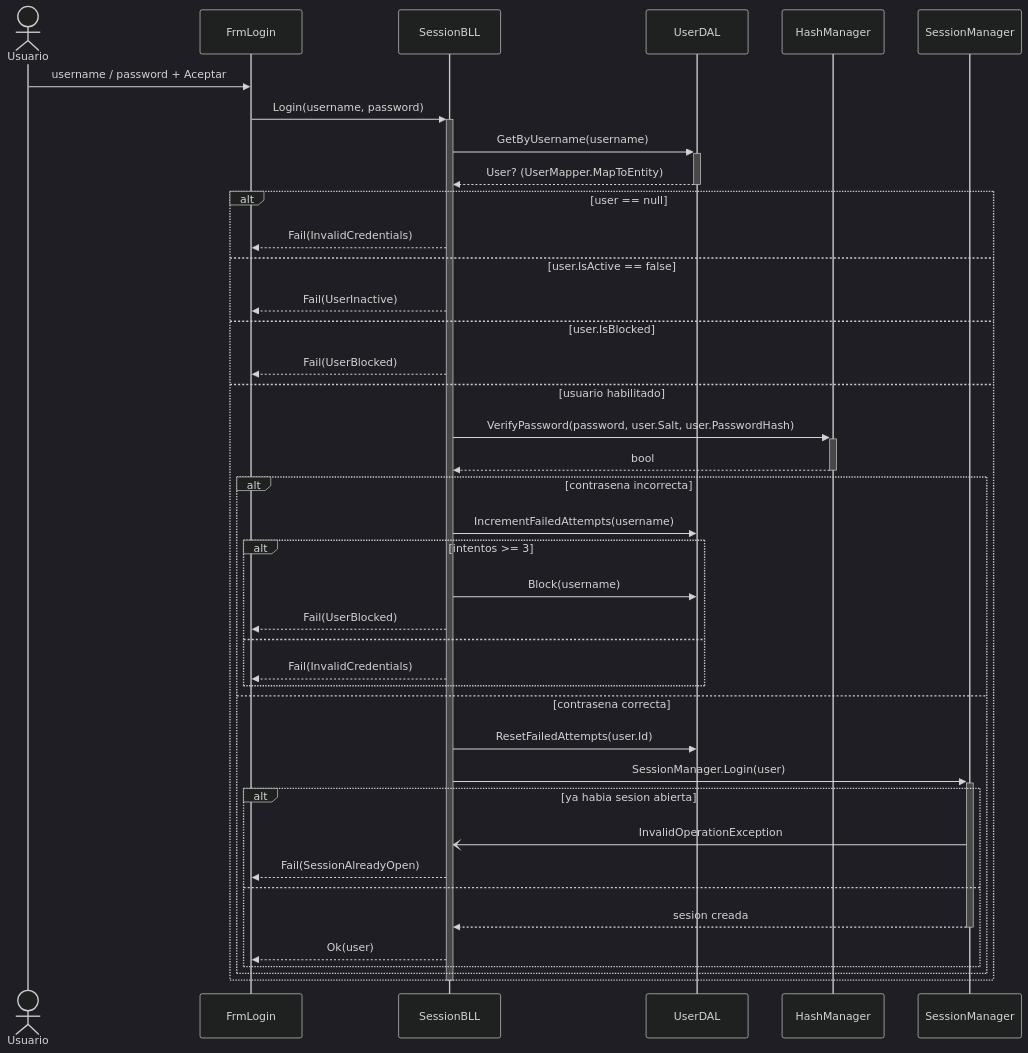
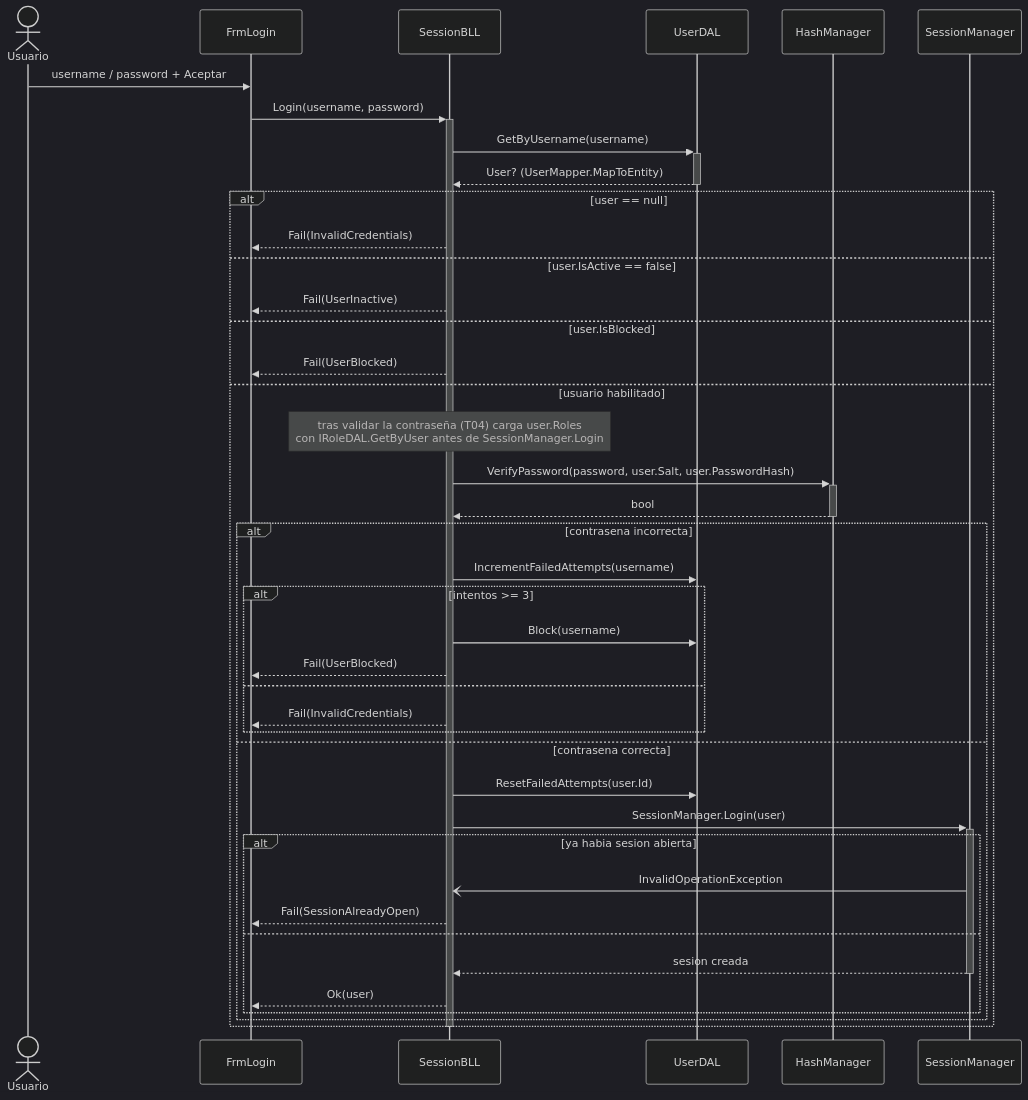
Before and after one commit to UAINahueLeandroDefeudi/uai-ing-soft: the second of 5 diagrams in ingSoftWinForm/README.md, drawn with Mermaid (dark theme). The commit also changed other lines of this file and 48 other files, not shown here.

````diff
--- a/ingSoftWinForm/README.md
+++ b/ingSoftWinForm/README.md
@@ -210,47 +384,48 @@
 ```mermaid
 sequenceDiagram
     actor U as Usuario
     participant FL as FrmLogin
     participant BLL as SessionBLL
     participant DAL as UserDAL
     participant H as HashManager
     participant S as SessionManager
 
     U->>FL: username / password + Aceptar
     FL->>+BLL: Login(username, password)
 
     BLL->>+DAL: GetByUsername(username)
     DAL-->>-BLL: User? (UserMapper.MapToEntity)
 
     alt user == null
         BLL-->>FL: Fail(InvalidCredentials)
     else user.IsActive == false
         BLL-->>FL: Fail(UserInactive)
     else user.IsBlocked
         BLL-->>FL: Fail(UserBlocked)
     else usuario habilitado
+        Note over BLL: tras validar la contraseña (T04) carga user.Roles<br/>con IRoleDAL.GetByUser antes de SessionManager.Login
         BLL->>+H: VerifyPassword(password, user.Salt, user.PasswordHash)
         H-->>-BLL: bool
 
         alt contrasena incorrecta
             BLL->>DAL: IncrementFailedAttempts(username)
             alt intentos >= 3
                 BLL->>DAL: Block(username)
                 BLL-->>FL: Fail(UserBlocked)
             else
                 BLL-->>FL: Fail(InvalidCredentials)
             end
         else contrasena correcta
             BLL->>DAL: ResetFailedAttempts(user.Id)
             BLL->>+S: SessionManager.Login(user)
             alt ya habia sesion abierta
                 S-)BLL: InvalidOperationException
                 BLL-->>FL: Fail(SessionAlreadyOpen)
             else
                 S-->>-BLL: sesion creada
                 BLL-->>FL: Ok(user)
             end
         end
     end
     deactivate BLL
 ```
````
